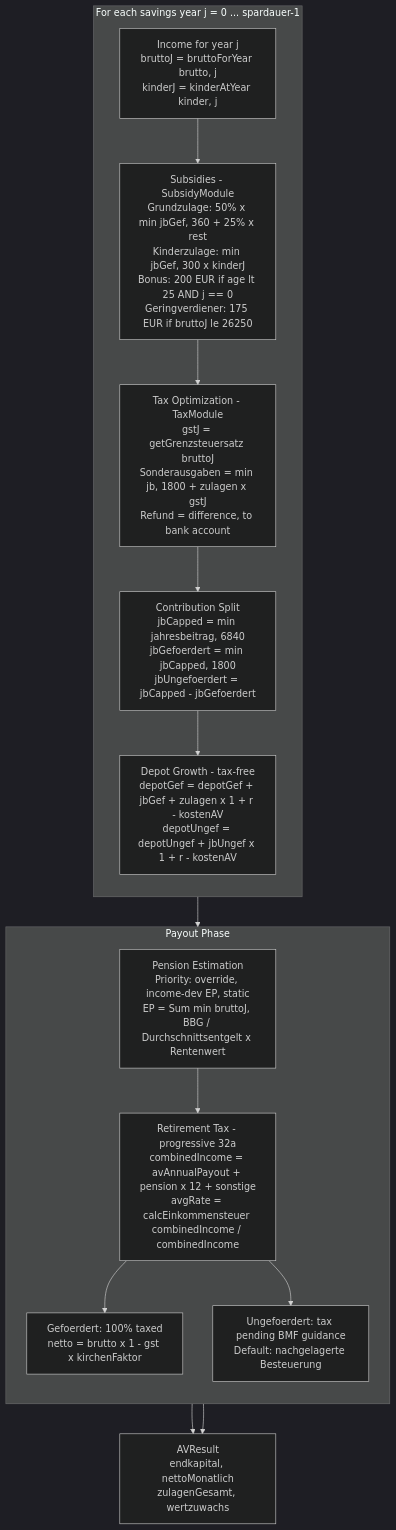
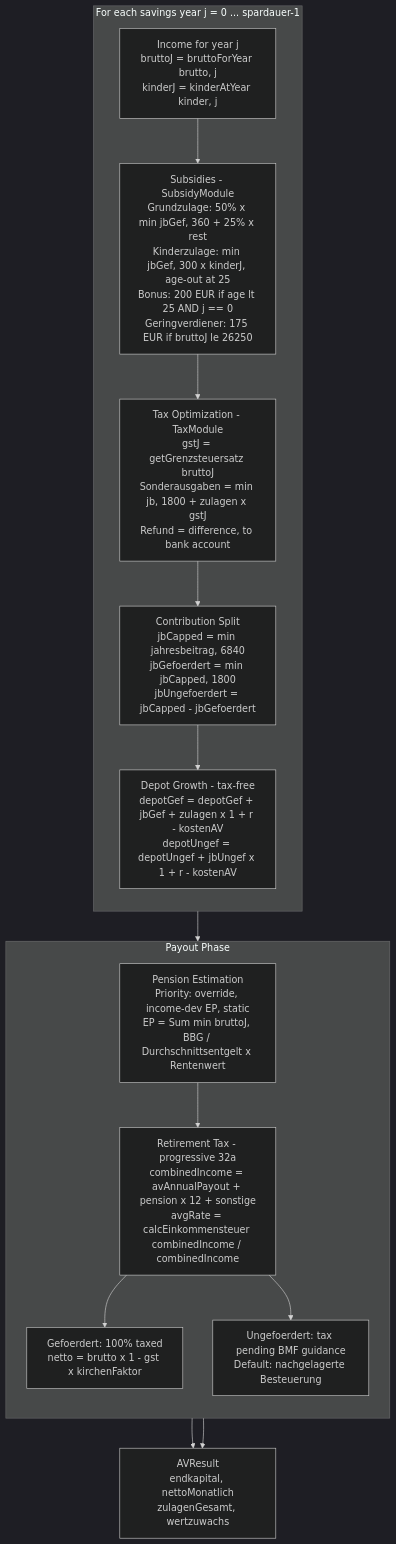
Before and after one commit to chraig/de_altersvorsorge_depot: the second of 4 diagrams in docs/CALCULATION_MAP.md, drawn with Mermaid (dark theme). The commit also changed 6 other files, not shown here.

First line of the commit message:
Add child age sliders, update all docs for age-out

````diff
--- a/docs/CALCULATION_MAP.md
+++ b/docs/CALCULATION_MAP.md
@@ -50,24 +50,24 @@
 ```mermaid
 flowchart TD
     subgraph LOOP["For each savings year j = 0 ... spardauer-1"]
         direction TB
         INC["Income for year j<br/>bruttoJ = bruttoForYear brutto, j<br/>kinderJ = kinderAtYear kinder, j"]
-        SUB["Subsidies - SubsidyModule<br/>Grundzulage: 50% x min jbGef, 360 + 25% x rest<br/>Kinderzulage: min jbGef, 300 x kinderJ<br/>Bonus: 200 EUR if age lt 25 AND j == 0<br/>Geringverdiener: 175 EUR if bruttoJ le 26250"]
+        SUB["Subsidies - SubsidyModule<br/>Grundzulage: 50% x min jbGef, 360 + 25% x rest<br/>Kinderzulage: min jbGef, 300 x kinderJ, age-out at 25<br/>Bonus: 200 EUR if age lt 25 AND j == 0<br/>Geringverdiener: 175 EUR if bruttoJ le 26250"]
         TAX["Tax Optimization - TaxModule<br/>gstJ = getGrenzsteuersatz bruttoJ<br/>Sonderausgaben = min jb, 1800 + zulagen x gstJ<br/>Refund = difference, to bank account"]
         SPLIT["Contribution Split<br/>jbCapped = min jahresbeitrag, 6840<br/>jbGefoerdert = min jbCapped, 1800<br/>jbUngefoerdert = jbCapped - jbGefoerdert"]
         GROW["Depot Growth - tax-free<br/>depotGef = depotGef + jbGef + zulagen x 1 + r - kostenAV<br/>depotUngef = depotUngef + jbUngef x 1 + r - kostenAV"]
         INC --> SUB --> TAX --> SPLIT --> GROW
     end
     GROW --> PAY
     subgraph PAY["Payout Phase"]
         direction TB
         PENS["Pension Estimation<br/>Priority: override, income-dev EP, static<br/>EP = Sum min bruttoJ, BBG / Durchschnittsentgelt x Rentenwert"]
         RTAX["Retirement Tax - progressive 32a<br/>combinedIncome = avAnnualPayout + pension x 12 + sonstige<br/>avgRate = calcEinkommensteuer combinedIncome / combinedIncome"]
         GEF["Gefoerdert: 100% taxed<br/>netto = brutto x 1 - gst x kirchenFaktor"]
         UNGEF["Ungefoerdert: tax pending BMF guidance<br/>Default: nachgelagerte Besteuerung"]
         PENS --> RTAX --> GEF
         RTAX --> UNGEF
     end
     GEF --> RES[AVResult<br/>endkapital, nettoMonatlich<br/>zulagenGesamt, wertzuwachs]
     UNGEF --> RES
 ```
````
